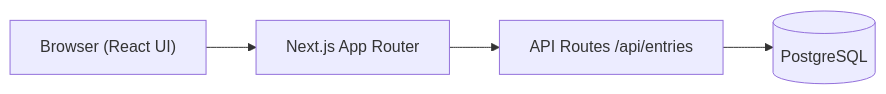
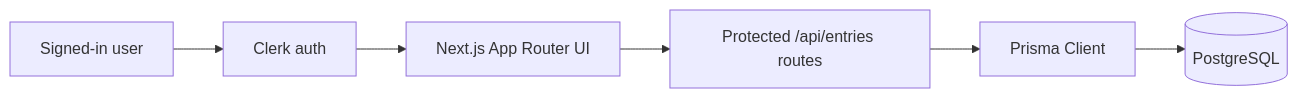
The diagram in README.md (HimendraFdo/personal-analytics-dashboard), drawn with Mermaid before and after one commit. The commit also changed other lines of this file, not shown here.

Commit message:
docs: update README for current app

````diff
--- a/README.md
+++ b/README.md
@@ -37,11 +50,15 @@
 ```mermaid
 flowchart LR
-  Browser["Browser (React UI)"]
-  Next["Next.js App Router"]
-  API["API Routes /api/entries"]
+  User["Signed-in user"]
+  Clerk["Clerk auth"]
+  UI["Next.js App Router UI"]
+  API["Protected /api/entries routes"]
+  Prisma["Prisma Client"]
   DB[(PostgreSQL)]
 
-  Browser --> Next
-  Next --> API
-  API --> DB
+  User --> Clerk
+  Clerk --> UI
+  UI --> API
+  API --> Prisma
+  Prisma --> DB
 ```
````
